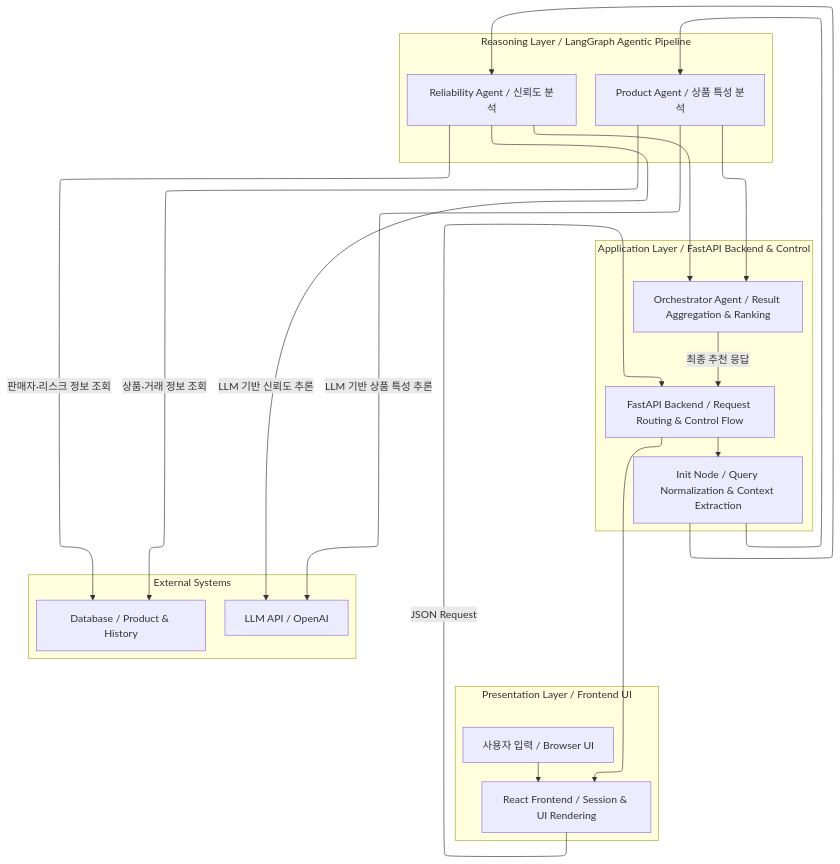
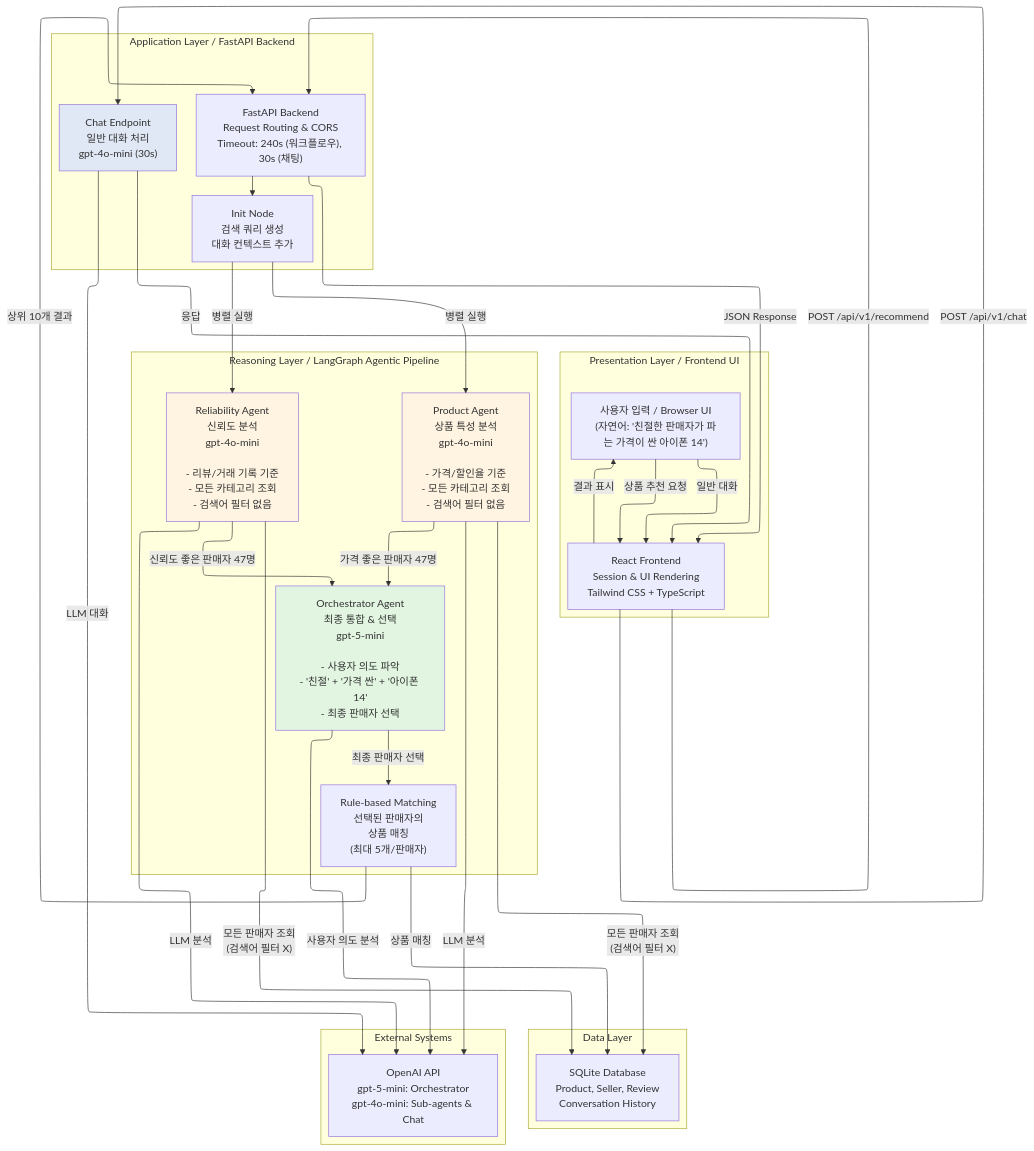
The diagram in System Overview.mmd (leeeeese/ReCo), drawn with Mermaid before and after one commit. The commit also changed 19 other files, not shown here.

```diff
--- a/System Overview.mmd
+++ b/System Overview.mmd
@@ -1,34 +1,67 @@
 ---
 config:
   theme: default
   layout: elk
 ---
 flowchart TB
- subgraph PresentationLayer["Presentation Layer / Frontend UI"]
-        user["사용자 입력 / Browser UI"]
-        reactUI["React Frontend / Session & UI Rendering"]
+  subgraph PresentationLayer["Presentation Layer / Frontend UI"]
+    user["사용자 입력 / Browser UI<br/>(자연어: '친절한 판매자가 파는 가격이 싼 아이폰 14')"]
+    reactUI["React Frontend<br/>Session & UI Rendering<br/>Tailwind CSS + TypeScript"]
   end
- subgraph ApplicationLayer["Application Layer / FastAPI Backend & Control"]
-        fastapi["FastAPI Backend / Request Routing & Control Flow"]
-        initNode["Init Node / Query Normalization & Context Extraction"]
-        orchestrator["Orchestrator Agent / Result Aggregation & Ranking"]
+  
+  subgraph ApplicationLayer["Application Layer / FastAPI Backend"]
+    fastapi["FastAPI Backend<br/>Request Routing & CORS<br/>Timeout: 240s (워크플로우), 30s (채팅)"]
+    initNode["Init Node<br/>검색 쿼리 생성<br/>대화 컨텍스트 추가"]
+    chatEndpoint["Chat Endpoint<br/>일반 대화 처리<br/>gpt-4o-mini (30s)"]
   end
- subgraph ReasoningLayer["Reasoning Layer / LangGraph Agentic Pipeline"]
-        product["Product Agent / 상품 특성 분석"]
-        reliability["Reliability Agent / 신뢰도 분석"]
+  
+  subgraph ReasoningLayer["Reasoning Layer / LangGraph Agentic Pipeline"]
+    product["Product Agent<br/>상품 특성 분석<br/>gpt-4o-mini<br/><br/>- 가격/할인율 기준<br/>- 모든 카테고리 조회<br/>- 검색어 필터 없음"]
+    reliability["Reliability Agent<br/>신뢰도 분석<br/>gpt-4o-mini<br/><br/>- 리뷰/거래 기록 기준<br/>- 모든 카테고리 조회<br/>- 검색어 필터 없음"]
+    orchestrator["Orchestrator Agent<br/>최종 통합 & 선택<br/>gpt-5-mini<br/><br/>- 사용자 의도 파악<br/>- '친절' + '가격 싼' + '아이폰 14'<br/>- 최종 판매자 선택"]
+    ruleMatch["Rule-based Matching<br/>선택된 판매자의<br/>상품 매칭<br/>(최대 5개/판매자)"]
   end
- subgraph External["External Systems"]
-        db["Database / Product & History"]
-        llm["LLM API / OpenAI"]
+  
+  subgraph DataLayer["Data Layer"]
+    db["SQLite Database<br/>Product, Seller, Review<br/>Conversation History"]
   end
-    user --> reactUI
-    reactUI -- JSON Request --> fastapi
-    fastapi --> initNode & reactUI
-    initNode --> product & reliability
-    product -- 상품·거래 정보 조회 --> db
-    reliability -- 판매자·리스크 정보 조회 --> db
-    product -- LLM 기반 상품 특성 추론 --> llm
-    reliability -- LLM 기반 신뢰도 추론 --> llm
-    product --> orchestrator
-    reliability --> orchestrator
-    orchestrator -- 최종 추천 응답 --> fastapi
+  
+  subgraph External["External Systems"]
+    llm["OpenAI API<br/>gpt-5-mini: Orchestrator<br/>gpt-4o-mini: Sub-agents & Chat"]
+  end
+  
+  %% Flow for Recommendation
+  user -- "상품 추천 요청" --> reactUI
+  reactUI -- "POST /api/v1/recommend" --> fastapi
+  fastapi --> initNode
+  initNode -- "병렬 실행" --> product
+  initNode -- "병렬 실행" --> reliability
+  
+  product -- "모든 판매자 조회<br/>(검색어 필터 X)" --> db
+  reliability -- "모든 판매자 조회<br/>(검색어 필터 X)" --> db
+  
+  product -- "LLM 분석" --> llm
+  reliability -- "LLM 분석" --> llm
+  
+  product -- "가격 좋은 판매자 47명" --> orchestrator
+  reliability -- "신뢰도 좋은 판매자 47명" --> orchestrator
+  
+  orchestrator -- "사용자 의도 분석" --> llm
+  orchestrator -- "최종 판매자 선택" --> ruleMatch
+  
+  ruleMatch -- "상품 매칭" --> db
+  ruleMatch -- "상위 10개 결과" --> fastapi
+  
+  %% Flow for Chat
+  user -- "일반 대화" --> reactUI
+  reactUI -- "POST /api/v1/chat" --> chatEndpoint
+  chatEndpoint -- "LLM 대화" --> llm
+  chatEndpoint -- "응답" --> reactUI
+  
+  fastapi -- "JSON Response" --> reactUI
+  reactUI -- "결과 표시" --> user
+  
+  style orchestrator fill:#e1f5e1
+  style product fill:#fff4e1
+  style reliability fill:#fff4e1
+  style chatEndpoint fill:#e1e8f5
```
